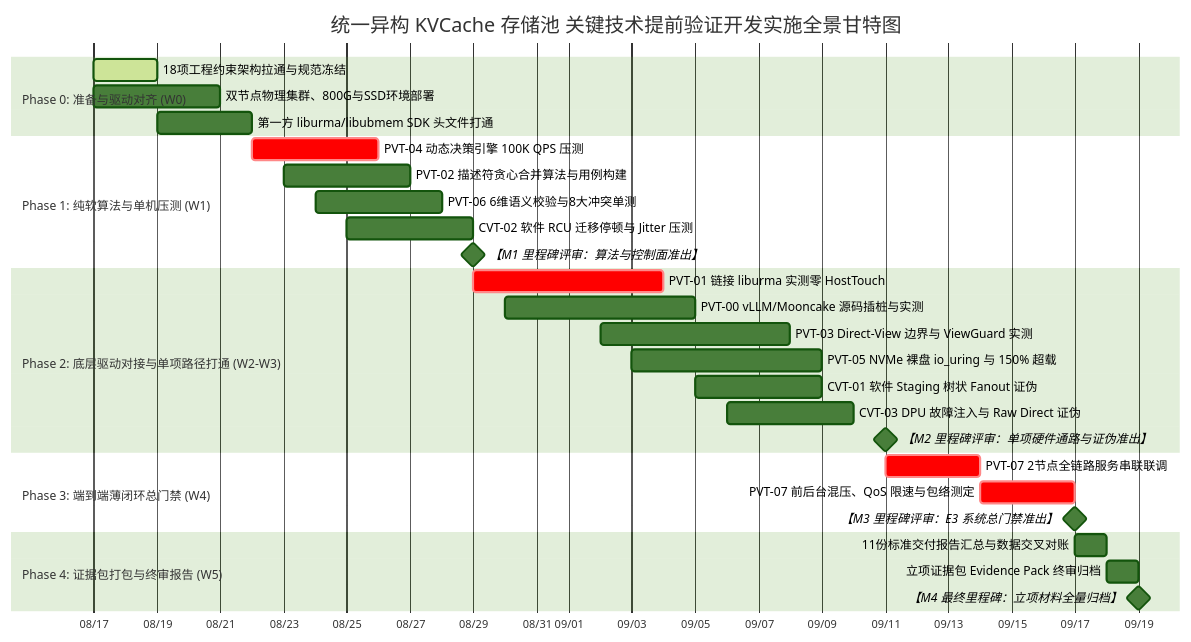
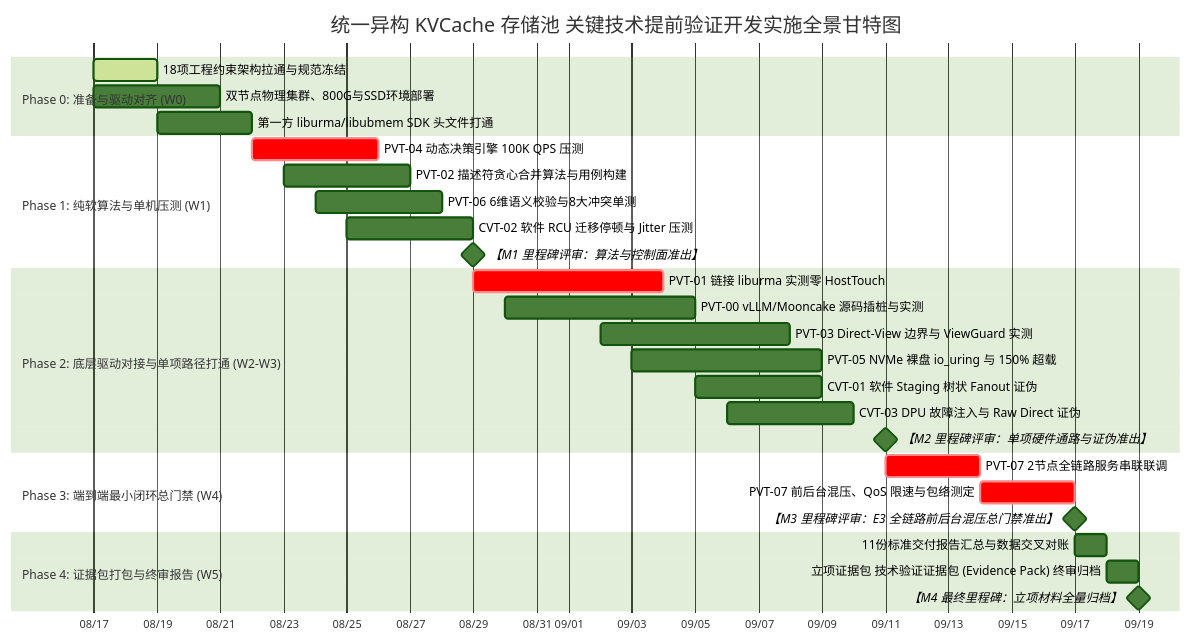
The diagram in kvcache/unified_kv_memory/提前验证方案设计/验证计划方案设计/统一异构KVCache存储池_关键技术提前验证开发实施计划书.md (stonetree/reports), drawn with Mermaid (forest theme) before and after one commit. The commit also changed other lines of this file and 12 other files, not shown here.

````diff
--- a/kvcache/unified_kv_memory/提前验证方案设计/验证计划方案设计/统一异构KVCache存储池_关键技术提前验证开发实施计划书.md
+++ b/kvcache/unified_kv_memory/提前验证方案设计/验证计划方案设计/统一异构KVCache存储池_关键技术提前验证开发实施计划书.md
@@ -136,37 +136,37 @@
 ```mermaid
 gantt
     title 统一异构 KVCache 存储池 关键技术提前验证开发实施全景甘特图
     dateFormat  YYYY-MM-DD
     axisFormat  %m/%d
     
     section Phase 0: 准备与驱动对齐 (W0)
     18项工程约束架构拉通与规范冻结      :active, m0_1, 2026-08-17, 2026-08-19
     双节点物理集群、800G与SSD环境部署   :m0_2, 2026-08-17, 2026-08-21
     第一方 liburma/libubmem SDK 头文件打通:m0_3, 2026-08-19, 2026-08-22
     
     section Phase 1: 纯软算法与单机压测 (W1)
     PVT-04 动态决策引擎 100K QPS 压测  :crit, p1_1, 2026-08-22, 2026-08-26
     PVT-02 描述符贪心合并算法与用例构建:p1_2, 2026-08-23, 2026-08-27
     PVT-06 6维语义校验与8大冲突单测   :p1_3, 2026-08-24, 2026-08-28
     CVT-02 软件 RCU 迁移停顿与 Jitter 压测:p1_4, 2026-08-25, 2026-08-29
     【M1 里程碑评审：算法与控制面准出】  :milestone, m1, 2026-08-29, 0d
 
     section Phase 2: 底层驱动对接与单项路径打通 (W2-W3)
     PVT-01 链接 liburma 实测零 HostTouch  :crit, p2_1, 2026-08-29, 2026-09-04
     PVT-00 vLLM/Mooncake 源码插桩与实测  :p2_2, 2026-08-30, 2026-09-05
     PVT-03 Direct-View 边界与 ViewGuard 实测:p2_3, 2026-09-02, 2026-09-08
     PVT-05 NVMe 裸盘 io_uring 与 150% 超载:p2_4, 2026-09-03, 2026-09-09
     CVT-01 软件 Staging 树状 Fanout 证伪  :p2_5, 2026-09-05, 2026-09-09
     CVT-03 DPU 故障注入与 Raw Direct 证伪 :p2_6, 2026-09-06, 2026-09-10
     【M2 里程碑评审：单项硬件通路与证伪准出】:milestone, m2, 2026-09-11, 0d
 
-    section Phase 3: 端到端薄闭环总门禁 (W4)
+    section Phase 3: 端到端最小闭环总门禁 (W4)
     PVT-07 2节点全链路服务串联联调      :crit, p3_1, 2026-09-11, 2026-09-14
     PVT-07 前后台混压、QoS 限速与包络测定:crit, p3_2, 2026-09-14, 2026-09-17
-    【M3 里程碑评审：E3 系统总门禁准出】 :milestone, m3, 2026-09-17, 0d
+    【M3 里程碑评审：E3 全链路前后台混压总门禁准出】 :milestone, m3, 2026-09-17, 0d
 
     section Phase 4: 证据包打包与终审报告 (W5)
     11份标准交付报告汇总与数据交叉对账  :p4_1, 2026-09-17, 2026-09-18
-    立项证据包 Evidence Pack 终审归档   :p4_2, 2026-09-18, 2026-09-19
+    立项证据包 技术验证证据包 (Evidence Pack) 终审归档   :p4_2, 2026-09-18, 2026-09-19
     【M4 最终里程碑：立项材料全量归档】 :milestone, m4, 2026-09-19, 0d
 ```
````
